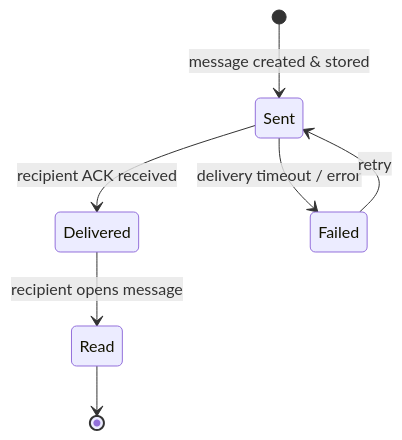
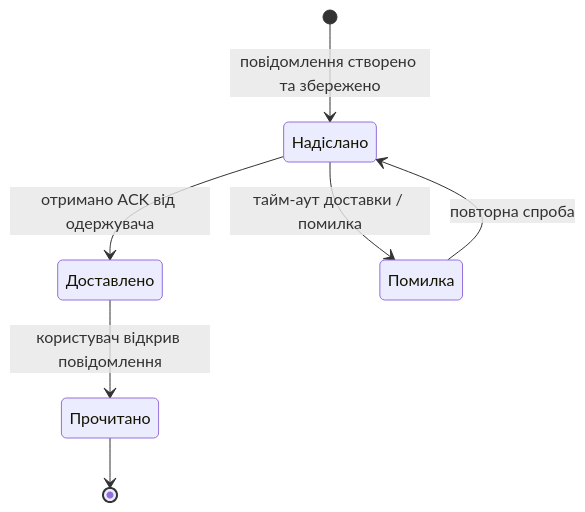
The third of 3 diagrams in lab1_variant2.md (IlliaPiven8539502/Lab_1), drawn with Mermaid before and after one commit. The commit also changed other lines of this file, not shown here.

````diff
--- a/lab1_variant2.md
+++ b/lab1_variant2.md
@@ -75,9 +75,9 @@
 ```mermaid
 stateDiagram-v2
-  [*] --> Sent : message created & stored
-  Sent --> Delivered : recipient ACK received
-  Sent --> Failed : delivery timeout / error
-  Failed --> Sent : retry
-  Delivered --> Read : recipient opens message
-  Read --> [*]
+  [*] --> Надіслано : повідомлення створено та збережено
+  Надіслано --> Доставлено : отримано ACK від одержувача
+  Надіслано --> Помилка : тайм-аут доставки / помилка
+  Помилка --> Надіслано : повторна спроба
+  Доставлено --> Прочитано : користувач відкрив повідомлення
+  Прочитано --> [*]
 ```
````
